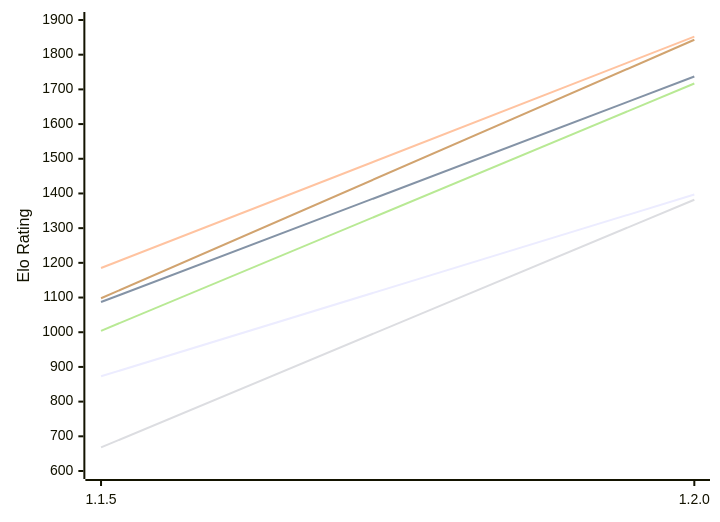
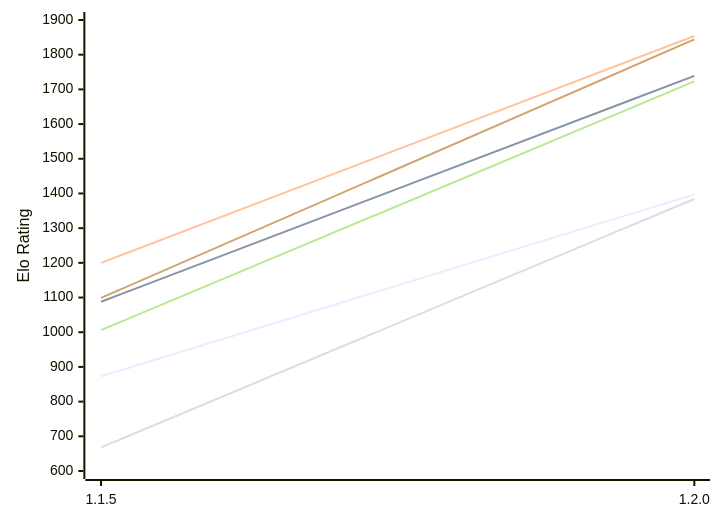
The first of 2 diagrams in engines/ChessCore.md (computer-chess-index/cci), drawn with Mermaid before and after one commit. The commit also changed other lines of this file, not shown here.

Commit message:
Update CCI Ratings (ELO VLTC) - 2026-11-24

````diff
--- a/engines/ChessCore.md
+++ b/engines/ChessCore.md
@@ -53,12 +53,12 @@
 ```mermaid
 %%{init: {"theme":"base","themeVariables":{"seriesColors:['#a3a3a3','#222221','#faa371']}}}%%
 xychart-beta
   x-axis ["1.1.5", "1.2.0"]
   y-axis "Elo Rating" 600 --> 1900
   line "E1: STC (8.0+0.08s)" [873, 1397]
-  line "E1: LTC (60.0+0.60s)" [1087, 1737]
-  line "E1: VLTC (2m24s+1.12s)" [1185, 1852]
-  line "P1: STC (8.0+0.08s)" [668, 1382]
-  line "P1: LTC (60.0+0.60s)" [1004, 1717]
-  line "P1: VLTC (2m24s+1.12s)" [1098, 1843]
+  line "E1: LTC (60.0+0.60s)" [1088, 1739]
+  line "E1: VLTC (2m24s+1.12s)" [1200, 1854]
+  line "P1: STC (8.0+0.08s)" [668, 1384]
+  line "P1: LTC (60.0+0.60s)" [1006, 1723]
+  line "P1: VLTC (2m24s+1.12s)" [1099, 1844]
 ```
````
